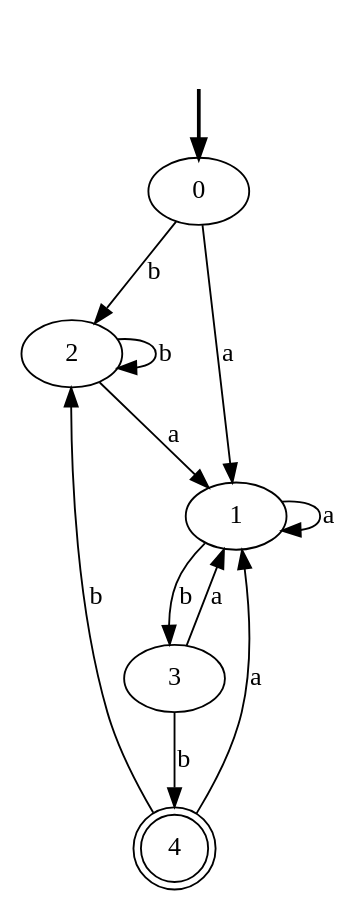
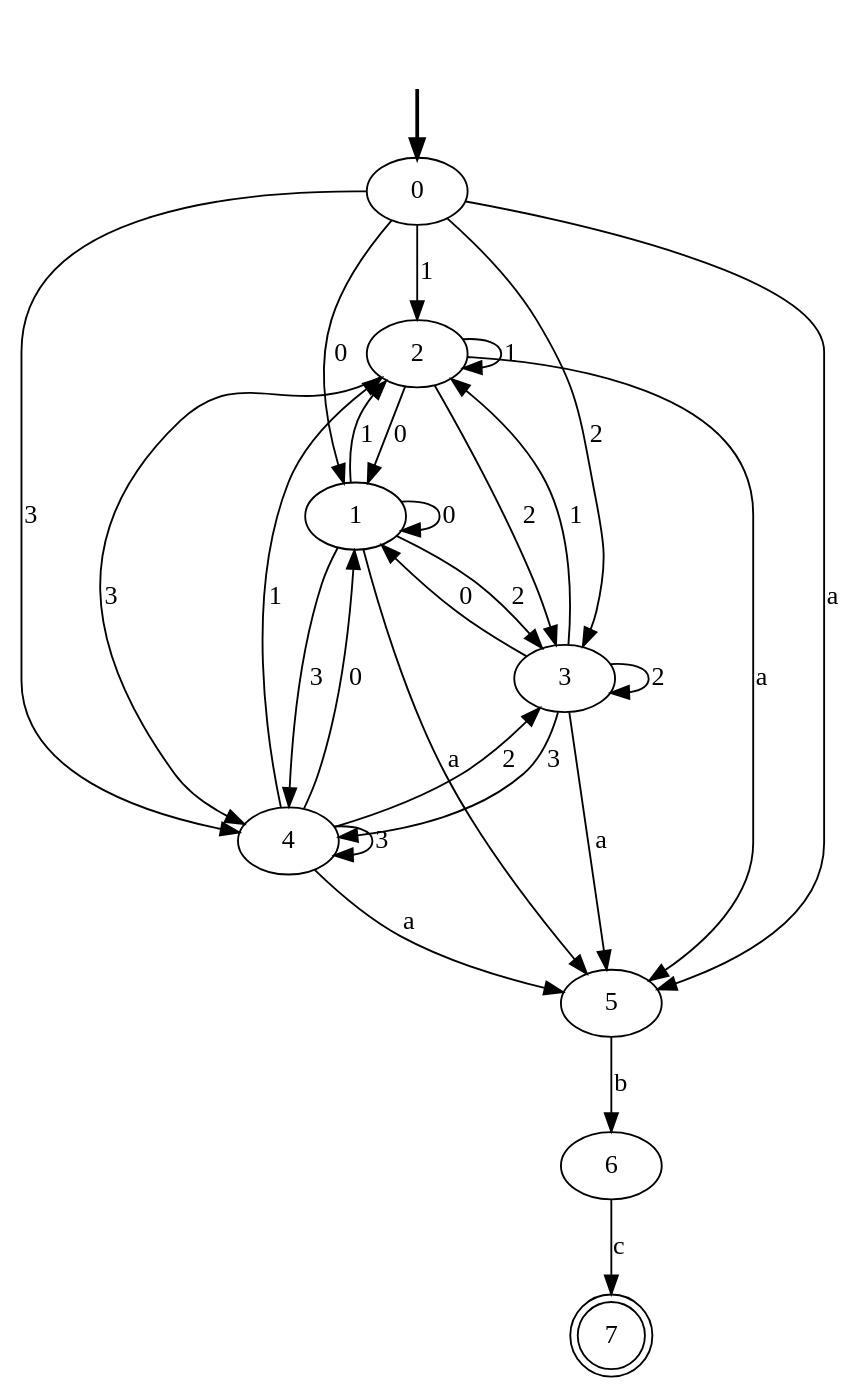
One commit to maupeon/Compiladores changed the diagram in Tarea 1/graphic_DFA.dot. Above: the diagram before and after it, drawn with Graphviz. The commit also changed 14 other files, not shown here.

```diff
--- a/Tarea 1/graphic_DFA.dot
+++ b/Tarea 1/graphic_DFA.dot
@@ -1,19 +1,39 @@
 digraph {
 	fake [style=invisible]
+	6
 	2
-	4 [shape=doublecircle]
+	5
+	7 [shape=doublecircle]
+	1
+	4
+	3
 	0 [root=true]
-	3
-	1
 	fake -> 0 [style=bold]
-	0 -> 1 [label=a]
-	0 -> 2 [label=b]
-	1 -> 1 [label=a]
-	1 -> 3 [label=b]
-	2 -> 1 [label=a]
-	2 -> 2 [label=b]
-	3 -> 1 [label=a]
-	3 -> 4 [label=b]
-	4 -> 1 [label=a]
-	4 -> 2 [label=b]
+	0 -> 1 [label=0]
+	0 -> 2 [label=1]
+	0 -> 3 [label=2]
+	0 -> 4 [label=3]
+	0 -> 5 [label=a]
+	1 -> 1 [label=0]
+	1 -> 2 [label=1]
+	1 -> 3 [label=2]
+	1 -> 4 [label=3]
+	1 -> 5 [label=a]
+	2 -> 1 [label=0]
+	2 -> 2 [label=1]
+	2 -> 3 [label=2]
+	2 -> 4 [label=3]
+	2 -> 5 [label=a]
+	3 -> 1 [label=0]
+	3 -> 2 [label=1]
+	3 -> 3 [label=2]
+	3 -> 4 [label=3]
+	3 -> 5 [label=a]
+	4 -> 1 [label=0]
+	4 -> 2 [label=1]
+	4 -> 3 [label=2]
+	4 -> 4 [label=3]
+	4 -> 5 [label=a]
+	5 -> 6 [label=b]
+	6 -> 7 [label=c]
 }
```
